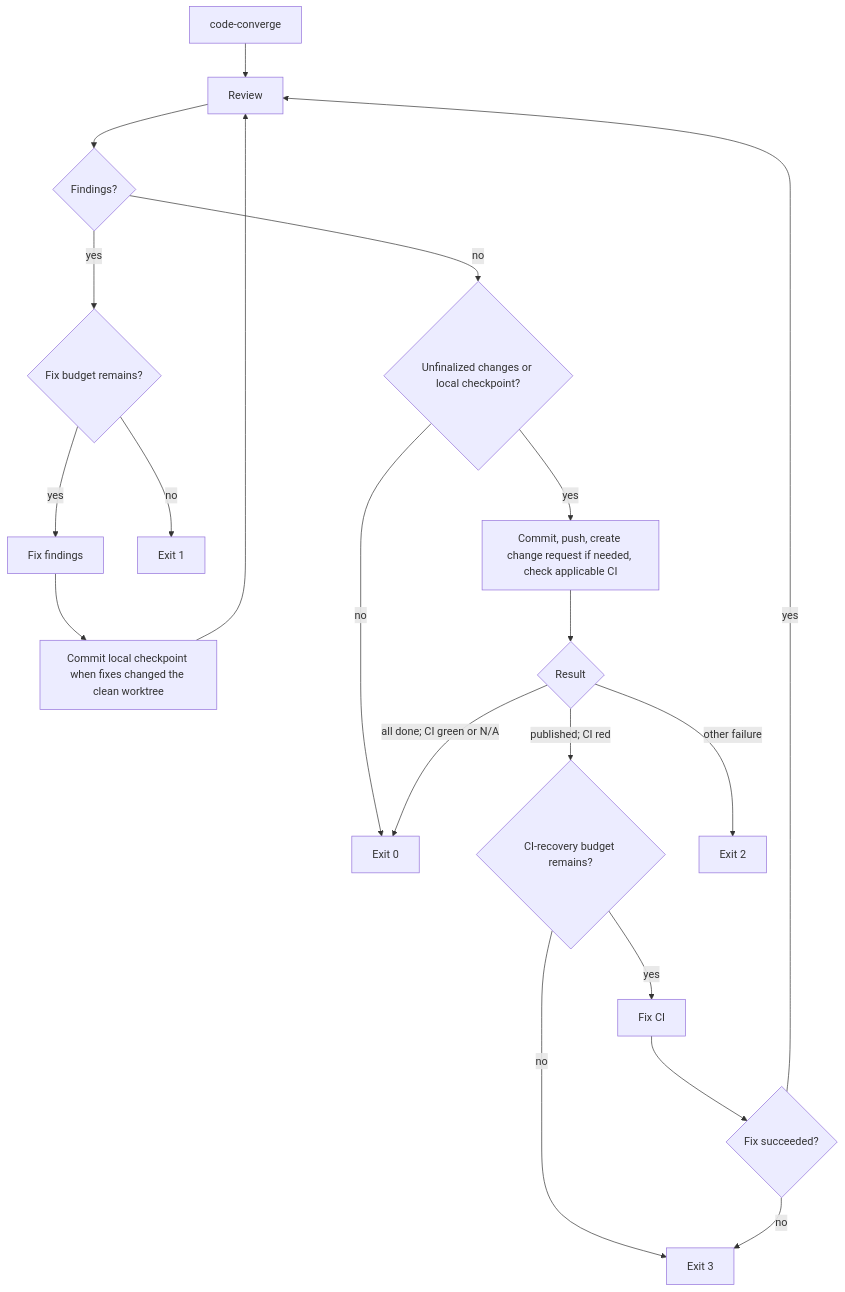
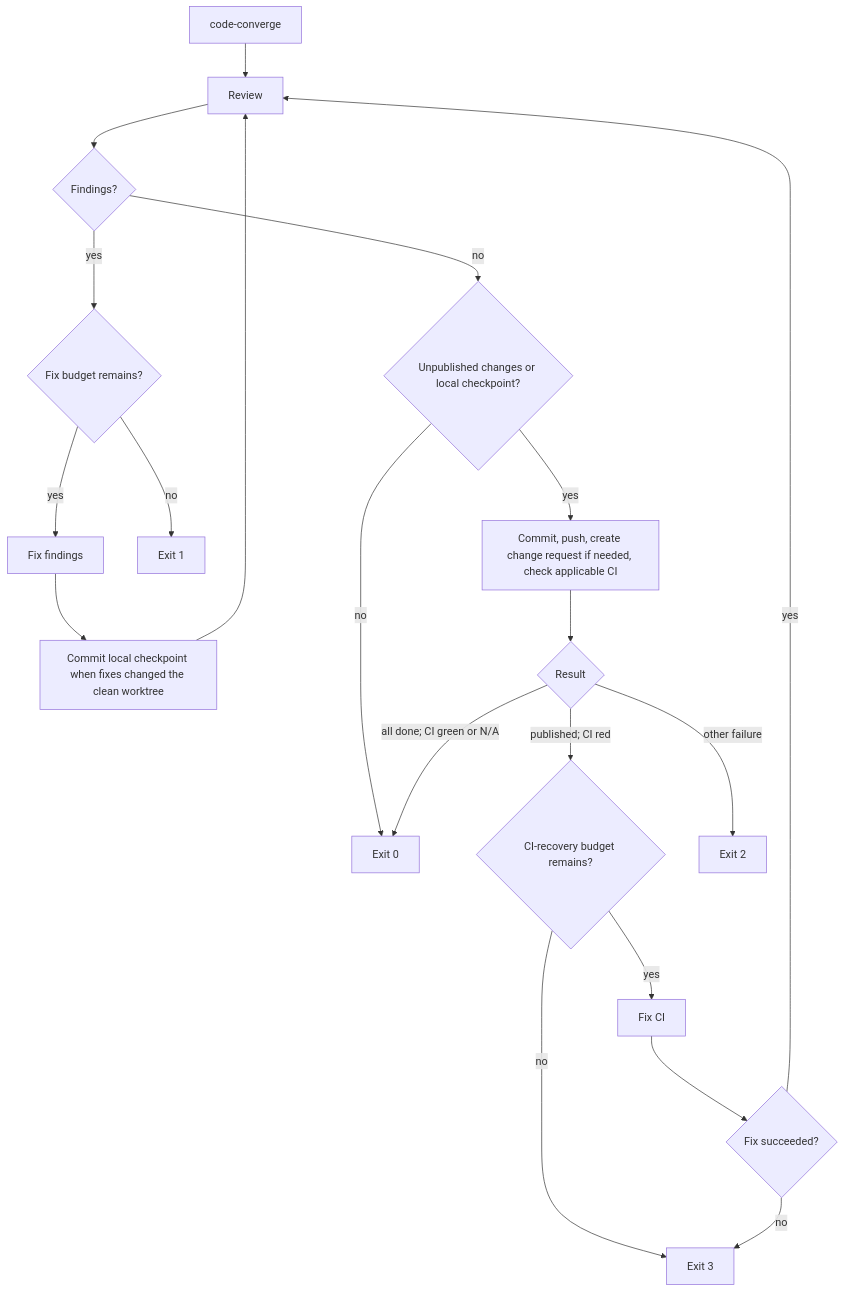
Before and after one commit to dapi/code-converge: the diagram in README.md, drawn with Mermaid. The commit also changed other lines of this file and 29 other files, not shown here.

````diff
--- a/README.md
+++ b/README.md
@@ -28,22 +28,22 @@
 ```mermaid
 flowchart TD
     A["code-converge"] --> B[Review]
     B --> C{Findings?}
     C -- yes --> E{Fix budget remains?}
     E -- yes --> D[Fix findings]
     E -- no --> X1[Exit 1]
     D --> K["Commit local checkpoint when fixes changed the clean worktree"]
     K --> B
-    C -- no --> N{Unfinalized changes or local checkpoint?}
+    C -- no --> N{Unpublished changes or local checkpoint?}
     N -- no --> X0[Exit 0: no-op]
     N -- yes --> F[Commit, push, create change request if needed, check applicable CI]
     F --> G{Result}
     G -- all done; CI green or N/A --> X0[Exit 0]
     G -- published; CI red --> J{CI-recovery budget remains?}
     J -- yes --> H[Fix CI]
     J -- no --> X3[Exit 3]
     H --> I{Fix succeeded?}
     I -- yes --> B
     I -- no --> X3[Exit 3]
     G -- other failure --> X2[Exit 2]
 ```
````
